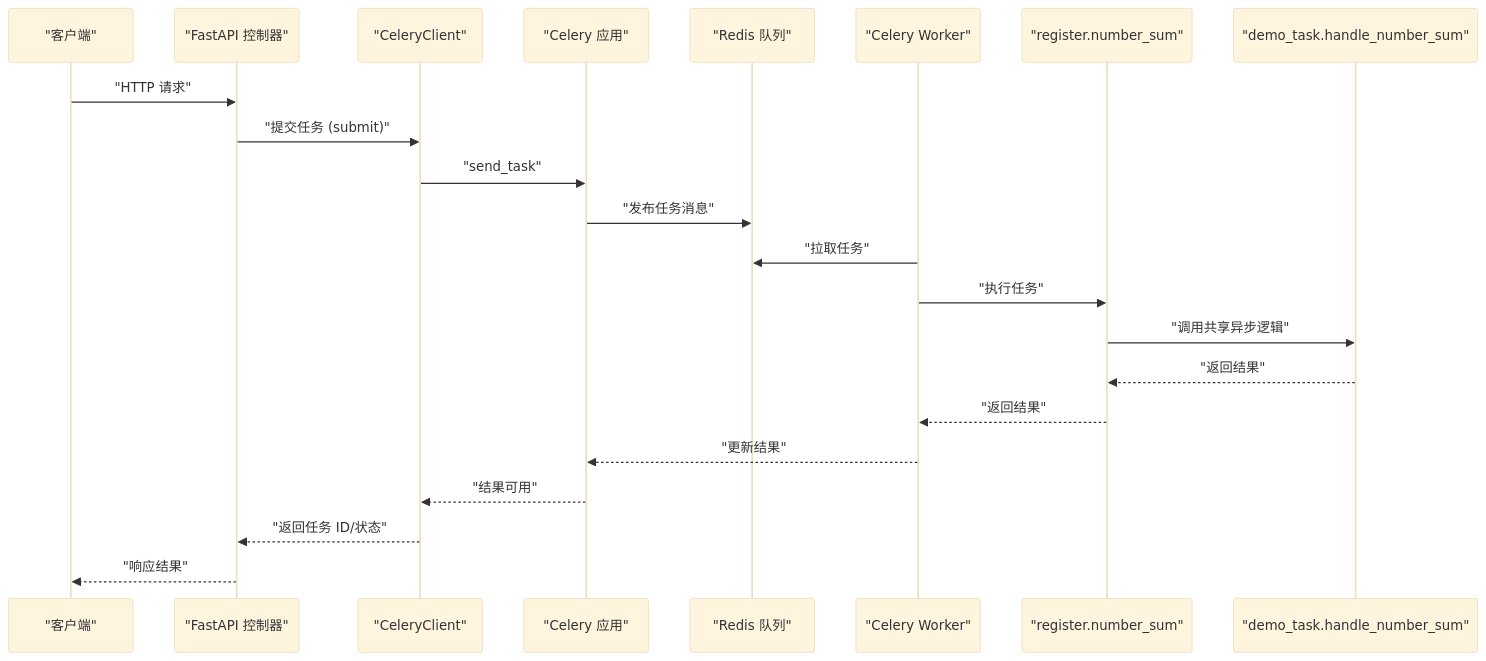
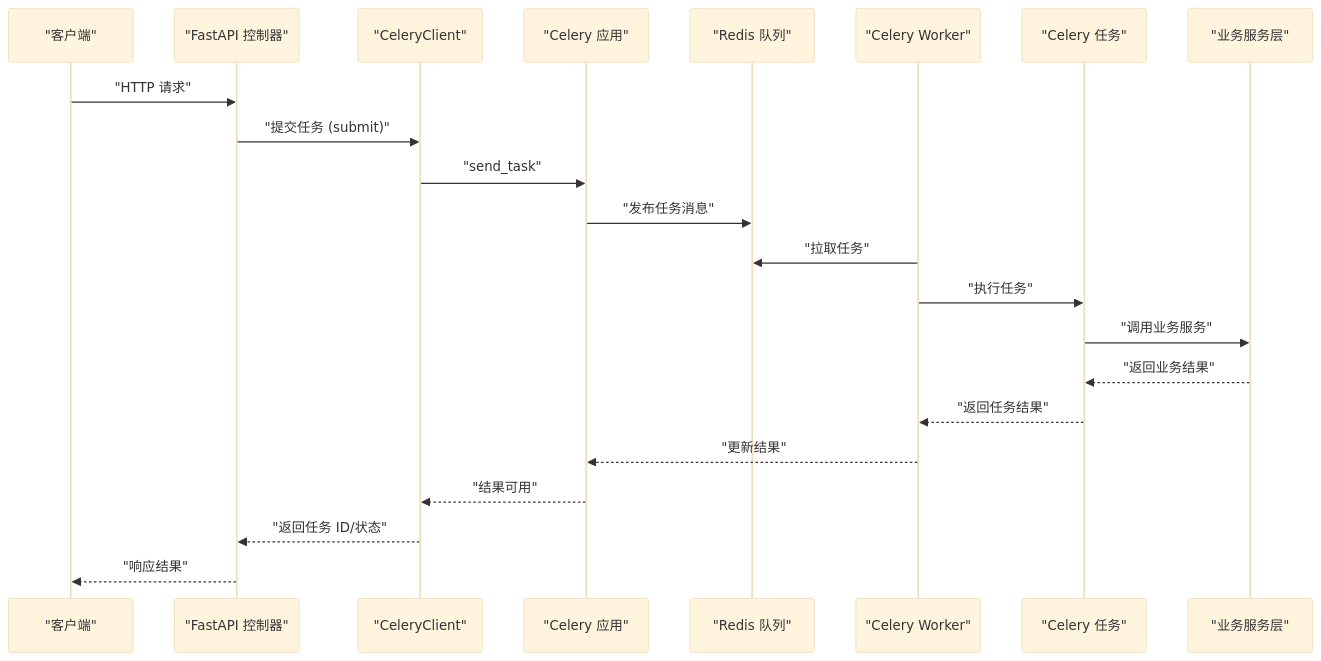
One commit to lilinzezzzzzz/fastapi-backend changed the second of 8 diagrams in .qoder/repowiki/zh/content/任务调度系统/任务调度系统.md. Above: the diagram before and after it, drawn with Mermaid (base theme). The commit also changed other lines of this file and 42 other files, not shown here.

````diff
--- a/.qoder/repowiki/zh/content/任务调度系统/任务调度系统.md
+++ b/.qoder/repowiki/zh/content/任务调度系统/任务调度系统.md
@@ -113,24 +129,24 @@
 ```mermaid
 sequenceDiagram
 participant Client as "客户端"
 participant API as "FastAPI 控制器"
 participant CeleryClient as "CeleryClient"
 participant CeleryApp as "Celery 应用"
 participant Queue as "Redis 队列"
 participant Worker as "Celery Worker"
-participant Task as "register.number_sum"
-participant Impl as "demo_task.handle_number_sum"
+participant Task as "Celery 任务"
+participant Service as "业务服务层"
 Client->>API : "HTTP 请求"
 API->>CeleryClient : "提交任务 (submit)"
 CeleryClient->>CeleryApp : "send_task"
 CeleryApp->>Queue : "发布任务消息"
 Worker->>Queue : "拉取任务"
 Worker->>Task : "执行任务"
-Task->>Impl : "调用共享异步逻辑"
-Impl-->>Task : "返回结果"
-Task-->>Worker : "返回结果"
+Task->>Service : "调用业务服务"
+Service-->>Task : "返回业务结果"
+Task-->>Worker : "返回任务结果"
 Worker-->>CeleryApp : "更新结果"
 CeleryApp-->>CeleryClient : "结果可用"
 CeleryClient-->>API : "返回任务 ID/状态"
 API-->>Client : "响应结果"
 ```
````
